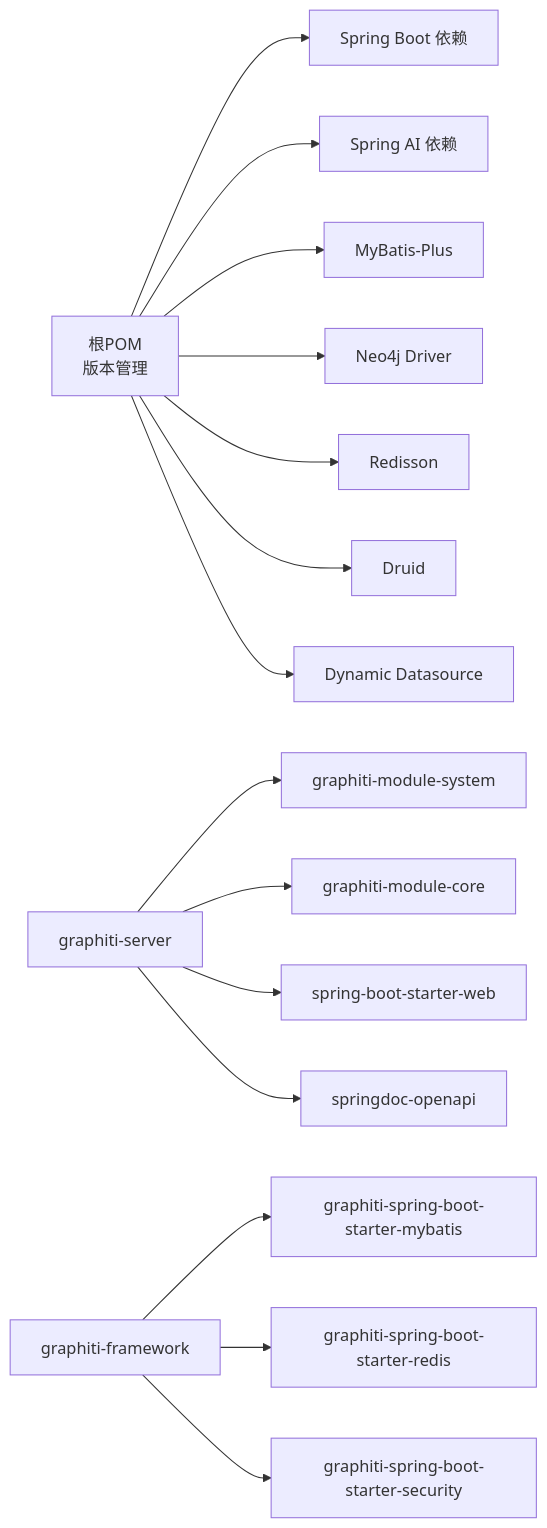
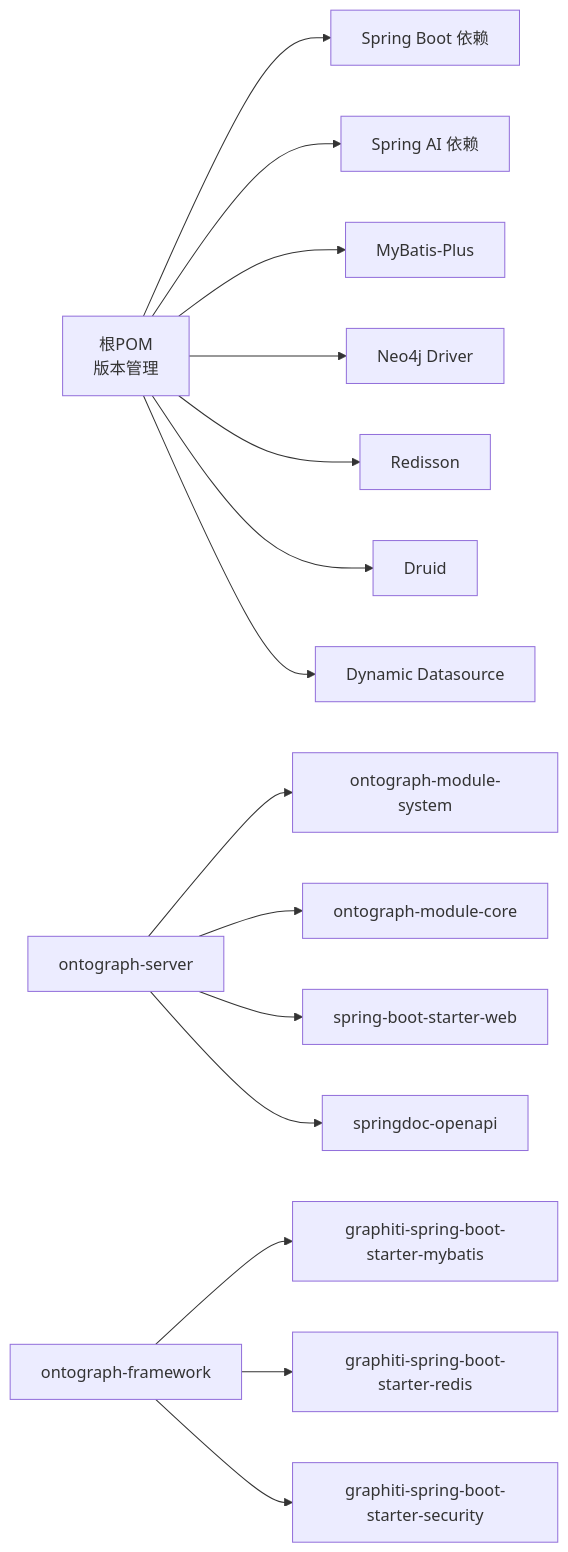
Before and after one commit to joezxh/graphiti-java: the sixth of 6 diagrams in docs/manual/项目概述/技术栈概览.md, drawn with Mermaid. The commit also changed other lines of this file and 200 other files, not shown here.

````diff
--- a/docs/manual/项目概述/技术栈概览.md
+++ b/docs/manual/项目概述/技术栈概览.md
@@ -332,17 +332,17 @@
 ```mermaid
 graph LR
 Root["根POM<br/>版本管理"] --> SB["Spring Boot 依赖"]
 Root --> SA["Spring AI 依赖"]
 Root --> MP["MyBatis-Plus"]
 Root --> N4J["Neo4j Driver"]
 Root --> RS["Redisson"]
 Root --> DR["Druid"]
 Root --> DDS["Dynamic Datasource"]
-SRV["graphiti-server"] --> MOD_SYS["graphiti-module-system"]
-SRV --> MOD_CORE["graphiti-module-core"]
+SRV["ontograph-server"] --> MOD_SYS["ontograph-module-system"]
+SRV --> MOD_CORE["ontograph-module-core"]
 SRV --> WEB["spring-boot-starter-web"]
 SRV --> SWG["springdoc-openapi"]
-FW["graphiti-framework"] --> MB["graphiti-spring-boot-starter-mybatis"]
+FW["ontograph-framework"] --> MB["graphiti-spring-boot-starter-mybatis"]
 FW --> RS2["graphiti-spring-boot-starter-redis"]
 FW --> SEC["graphiti-spring-boot-starter-security"]
 ```
````
